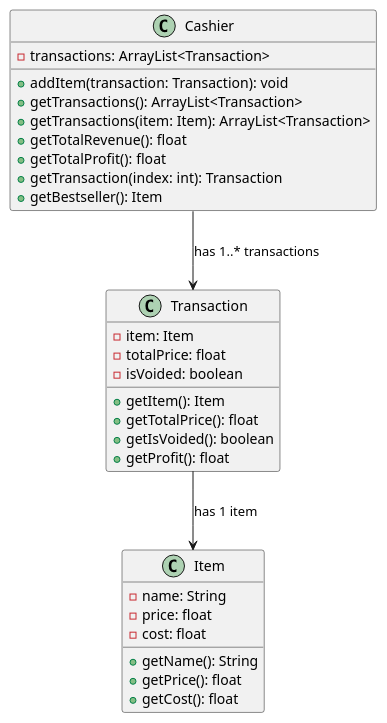
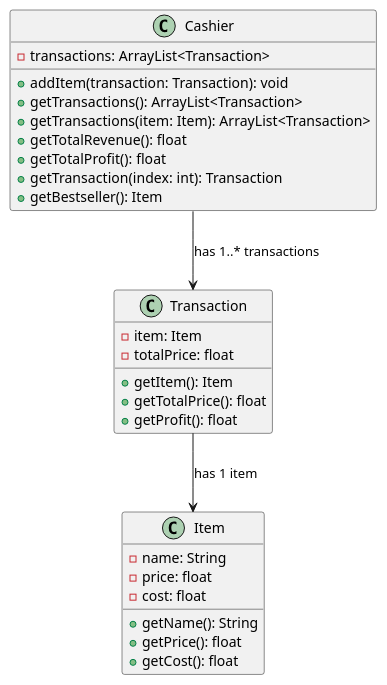
One commit to LowTL/tp changed the diagram in docs/Diagrams/PUML files/Cashier/CashierClassDiagram.puml. Above: the diagram before and after it, drawn with PlantUML. The commit also changed 1 other file, not shown here.

Commit message:
Update Cashier Class diagram

```diff
--- a/docs/Diagrams/PUML files/Cashier/CashierClassDiagram.puml
+++ b/docs/Diagrams/PUML files/Cashier/CashierClassDiagram.puml
@@ -1,36 +1,34 @@
 @startuml
 
 class Cashier {
     - transactions: ArrayList<Transaction>
     + addItem(transaction: Transaction): void
     + getTransactions(): ArrayList<Transaction>
     + getTransactions(item: Item): ArrayList<Transaction>
     + getTotalRevenue(): float
     + getTotalProfit(): float
     + getTransaction(index: int): Transaction
     + getBestseller(): Item
 }
 
 class Transaction {
     - item: Item
     - totalPrice: float
-    - isVoided: boolean
     + getItem(): Item
     + getTotalPrice(): float
-    + getIsVoided(): boolean
     + getProfit(): float
 }
 
 class Item {
     - name: String
     - price: float
     - cost: float
     + getName(): String
     + getPrice(): float
     + getCost(): float
 }
 
 Cashier --> Transaction : has 1..* transactions
 Transaction --> Item : has 1 item
 
 @enduml
```
